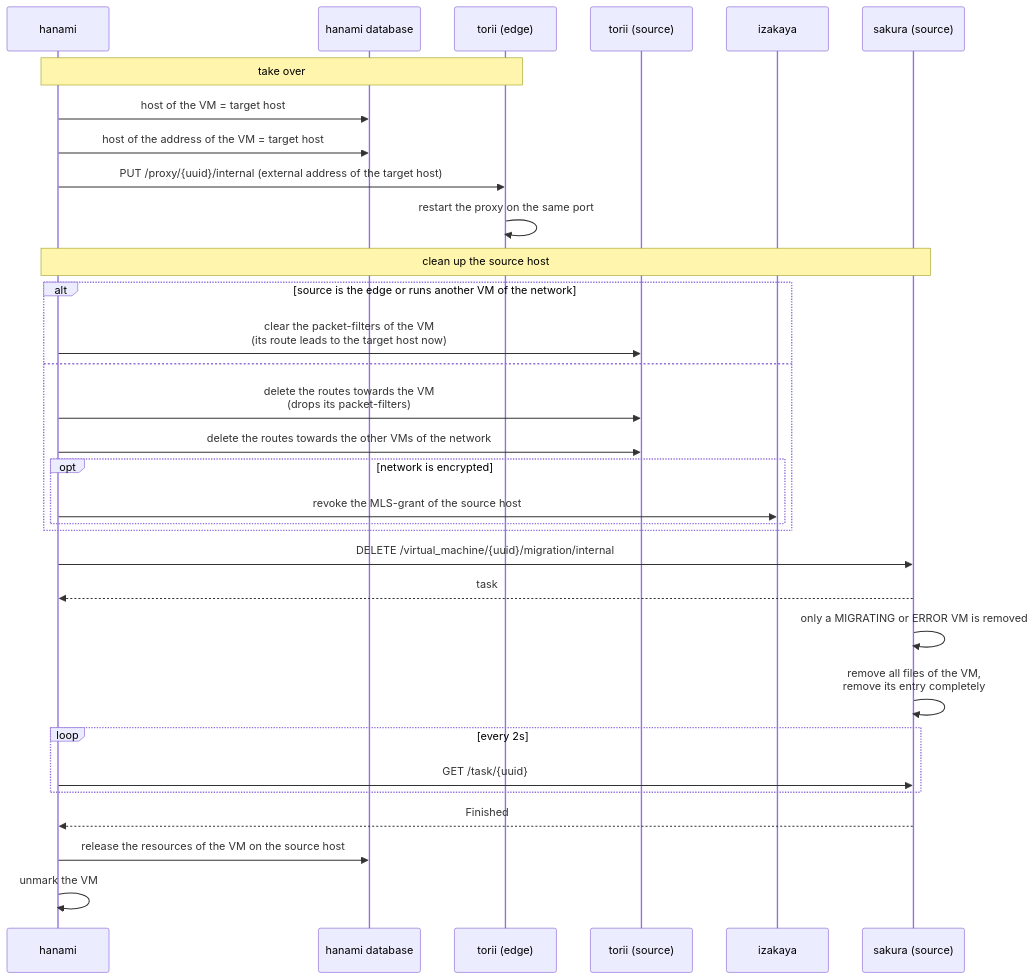
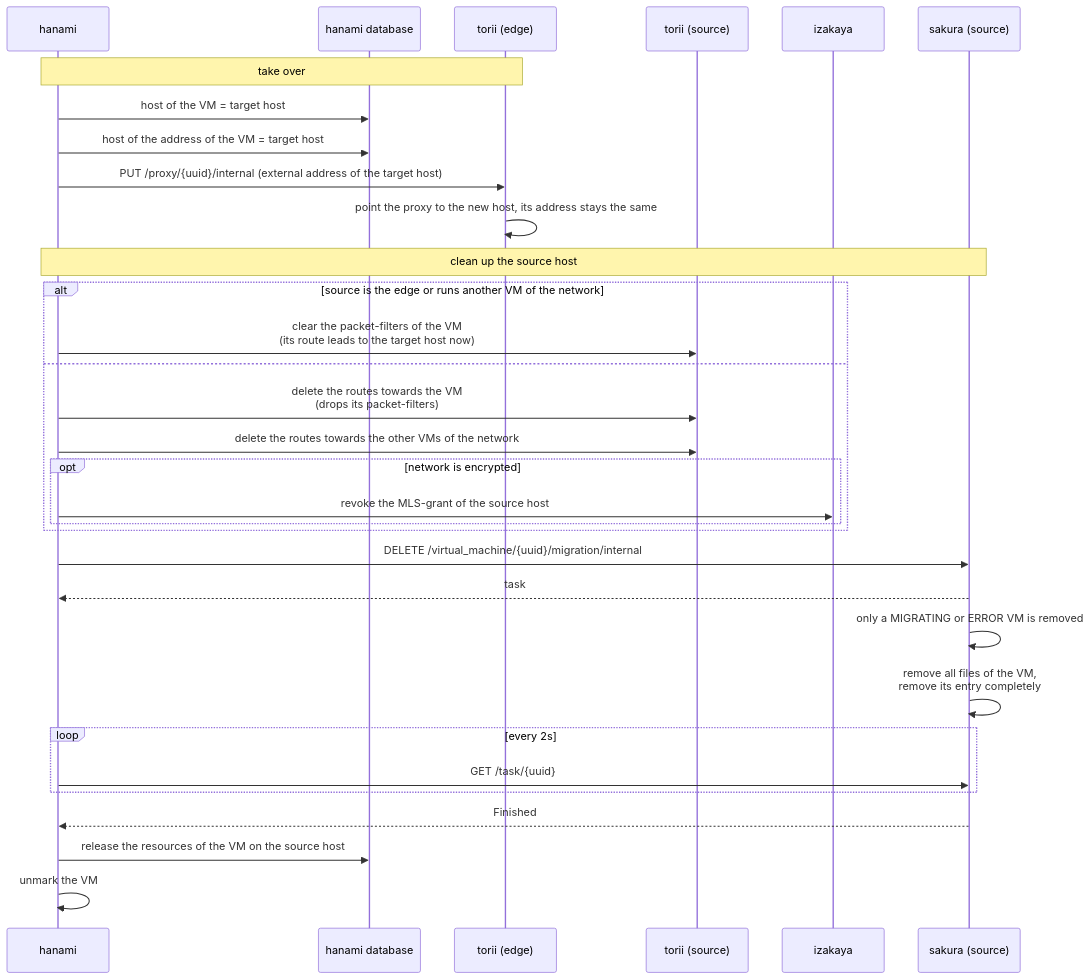
One commit to kitsudaiki/ainari changed the eighth of 9 diagrams in docs/developer/sequence_diagrams/vm_migration.md. Above: the diagram before and after it, drawn with Mermaid. The commit also changed other lines of this file and 108 other files, not shown here.

````diff
--- a/docs/developer/sequence_diagrams/vm_migration.md
+++ b/docs/developer/sequence_diagrams/vm_migration.md
@@ -251,36 +251,36 @@
 ```mermaid
 sequenceDiagram
     participant H as hanami
     participant DB as hanami database
     participant E as torii (edge)
     participant TS as torii (source)
     participant I as izakaya
     participant S as sakura (source)
 
     Note over H,E: take over
     H->>DB: host of the VM = target host
     H->>DB: host of the address of the VM = target host
     H->>E: PUT /proxy/{uuid}/internal (external address of the target host)
-    E->>E: restart the proxy on the same port
+    E->>E: point the proxy to the new host, its address stays the same
 
     Note over H,S: clean up the source host
     alt source is the edge or runs another VM of the network
         H->>TS: clear the packet-filters of the VM<br/>(its route leads to the target host now)
     else
         H->>TS: delete the routes towards the VM<br/>(drops its packet-filters)
         H->>TS: delete the routes towards the other VMs of the network
         opt network is encrypted
             H->>I: revoke the MLS-grant of the source host
         end
     end
     H->>S: DELETE /virtual_machine/{uuid}/migration/internal
     S-->>H: task
     S->>S: only a MIGRATING or ERROR VM is removed
     S->>S: remove all files of the VM,<br/>remove its entry completely
     loop every 2s
         H->>S: GET /task/{uuid}
     end
     S-->>H: Finished
     H->>DB: release the resources of the VM on the source host
     H->>H: unmark the VM
 ```
````
